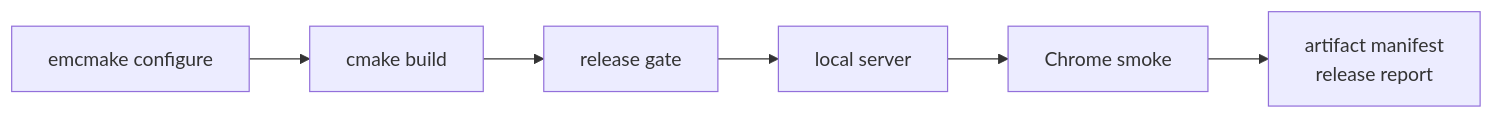
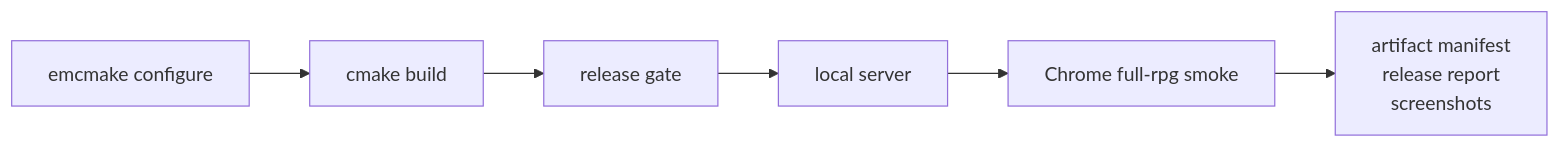
The first of 2 diagrams in docs/web_release.md (WispSnow/TinyFarmRPG), drawn with Mermaid before and after one commit. The commit also changed other lines of this file and 9 other files, not shown here.

````diff
--- a/docs/web_release.md
+++ b/docs/web_release.md
@@ -13,8 +14,8 @@
 ```mermaid
 flowchart LR
   A["emcmake configure"] --> B["cmake build"]
   B --> C["release gate"]
   C --> D["local server"]
-  D --> E["Chrome smoke"]
-  E --> F["artifact manifest<br/>release report"]
+  D --> E["Chrome full-rpg smoke"]
+  E --> F["artifact manifest<br/>release report<br/>screenshots"]
 ```
````
